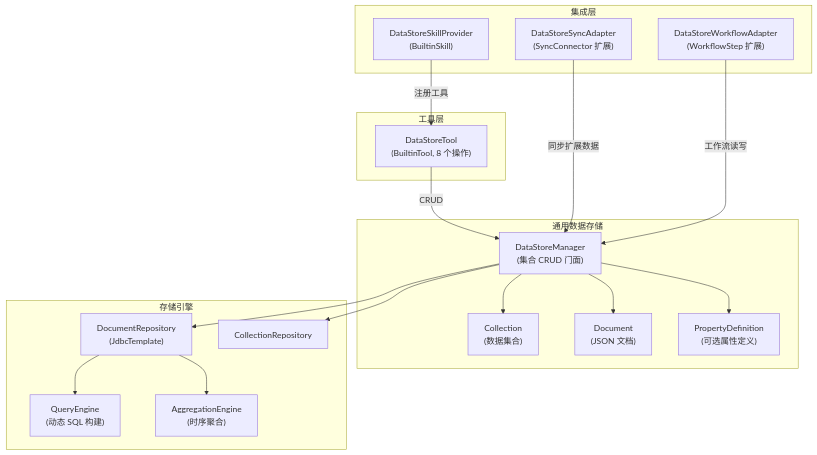
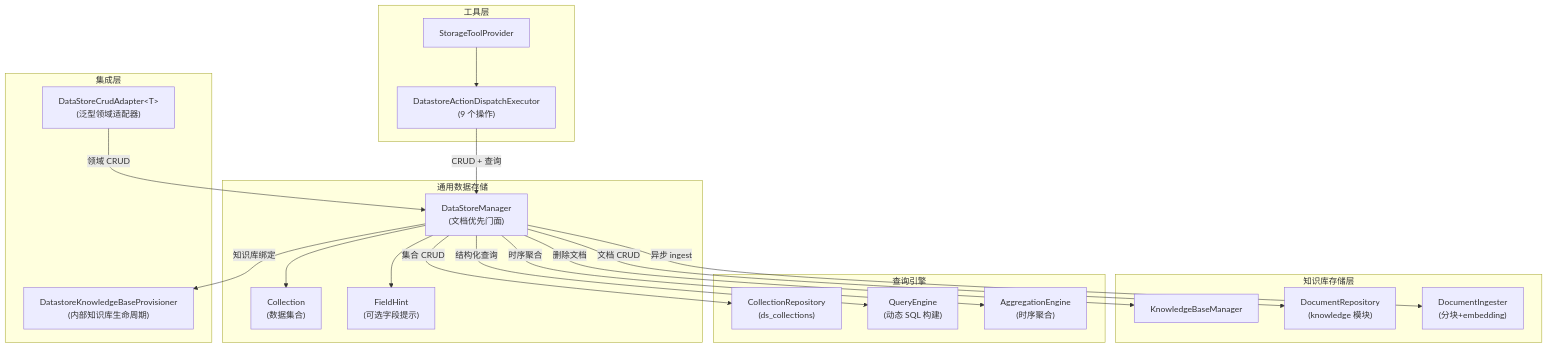
Before and after one commit to ntygod/LifePilot: the first of 3 diagrams in docs/architecture/generic-data-store.md, drawn with Mermaid. The commit also changed other lines of this file and 62 other files, not shown here.

````diff
--- a/docs/architecture/generic-data-store.md
+++ b/docs/architecture/generic-data-store.md
@@ -42,38 +40,43 @@
 ```mermaid
 graph TB
     subgraph "通用数据存储"
-        DSM["DataStoreManager<br/>(集合 CRUD 门面)"]
+        DSM["DataStoreManager<br/>(文档优先门面)"]
         COL["Collection<br/>(数据集合)"]
-        DOC["Document<br/>(JSON 文档)"]
-        PD["PropertyDefinition<br/>(可选属性定义)"]
+        FH["FieldHint<br/>(可选字段提示)"]
         DSM --> COL
-        DSM --> DOC
-        DSM --> PD
+        DSM --> FH
     end
 
-    subgraph "存储引擎"
-        DR["DocumentRepository<br/>(JdbcTemplate)"]
-        CR["CollectionRepository"]
+    subgraph "知识库存储层"
+        KBM["KnowledgeBaseManager"]
+        KDR["DocumentRepository<br/>(knowledge 模块)"]
+        DI["DocumentIngester<br/>(分块+embedding)"]
+    end
+
+    subgraph "查询引擎"
+        CR["CollectionRepository<br/>(ds_collections)"]
         QE["QueryEngine<br/>(动态 SQL 构建)"]
         AGG["AggregationEngine<br/>(时序聚合)"]
-        DR --> QE
-        DR --> AGG
     end
 
     subgraph "工具层"
-        DST["DataStoreTool<br/>(BuiltinTool, 8 个操作)"]
+        STP["StorageToolProvider"]
+        DST["DatastoreActionDispatchExecutor<br/>(9 个操作)"]
+        STP --> DST
     end
 
     subgraph "集成层"
-        SSP["DataStoreSkillProvider<br/>(BuiltinSkill)"]
-        SYN["DataStoreSyncAdapter<br/>(SyncConnector 扩展)"]
-        WFA["DataStoreWorkflowAdapter<br/>(WorkflowStep 扩展)"]
+        DKBP["DatastoreKnowledgeBaseProvisioner<br/>(内部知识库生命周期)"]
+        DSCA["DataStoreCrudAdapter&lt;T&gt;<br/>(泛型领域适配器)"]
     end
 
-    DST -->|"CRUD"| DSM
-    SSP -->|"注册工具"| DST
-    SYN -->|"同步扩展数据"| DSM
-    WFA -->|"工作流读写"| DSM
-    DSM --> DR
-    DSM --> CR
+    DST -->|"CRUD + 查询"| DSM
+    DSM -->|"文档 CRUD"| KDR
+    DSM -->|"异步 ingest"| DI
+    DSM -->|"删除文档"| KBM
+    DSM -->|"集合 CRUD"| CR
+    DSM -->|"结构化查询"| QE
+    DSM -->|"时序聚合"| AGG
+    DSM -->|"知识库绑定"| DKBP
+    DSCA -->|"领域 CRUD"| DSM
 ```
````
